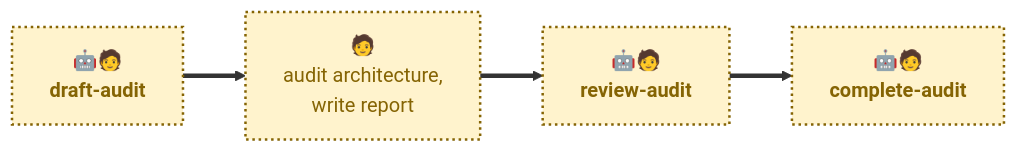
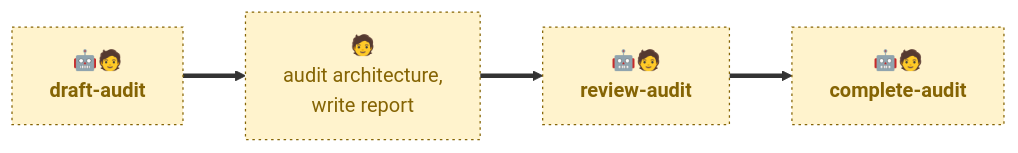
Before and after one commit to kieranpotts/audits: the diagram in .agents/skills/README.md, drawn with Mermaid.

Commit message:
chore: apply new workflow diagram rules

````diff
--- a/.agents/skills/README.md
+++ b/.agents/skills/README.md
@@ -20,15 +20,15 @@
 ```mermaid
 flowchart LR
   draft["🤖🧑<br/><b>draft-audit</b>"]:::anthropic
   write["🧑<br/>audit architecture,<br/>write report"]:::anthropic
   review["🤖🧑<br/><b>review-audit</b>"]:::anthropic
   complete["🤖🧑<br/><b>complete-audit</b>"]:::anthropic
 
   draft ==> write
   write ==> review
   review ==> complete
 
   classDef agentic fill:#cce5ff,stroke:#004085,color:#004085,stroke-width:2px
   classDef scripted fill:#e2e3e5,stroke:#4b5157,color:#383d41,stroke-width:2px
-  classDef anthropic fill:#fff3cd,stroke:#856404,color:#856404,stroke-width:2px,stroke-dasharray:2 3
+  classDef anthropic fill:#fff3cd,stroke:#856404,color:#856404,stroke-width:1px,stroke-dasharray:2 3
 ```
````
